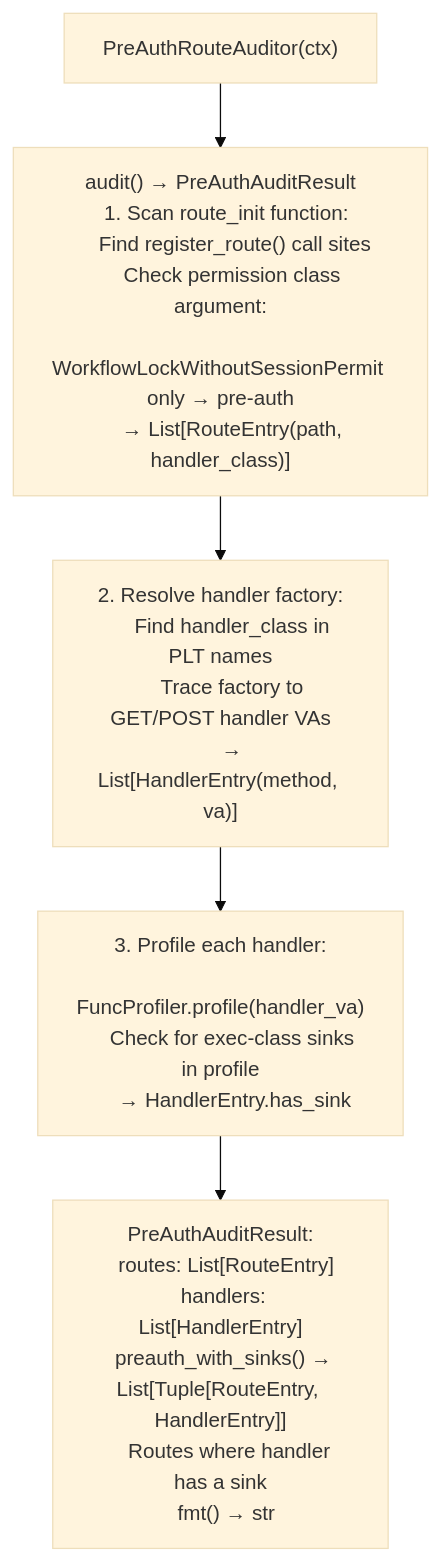
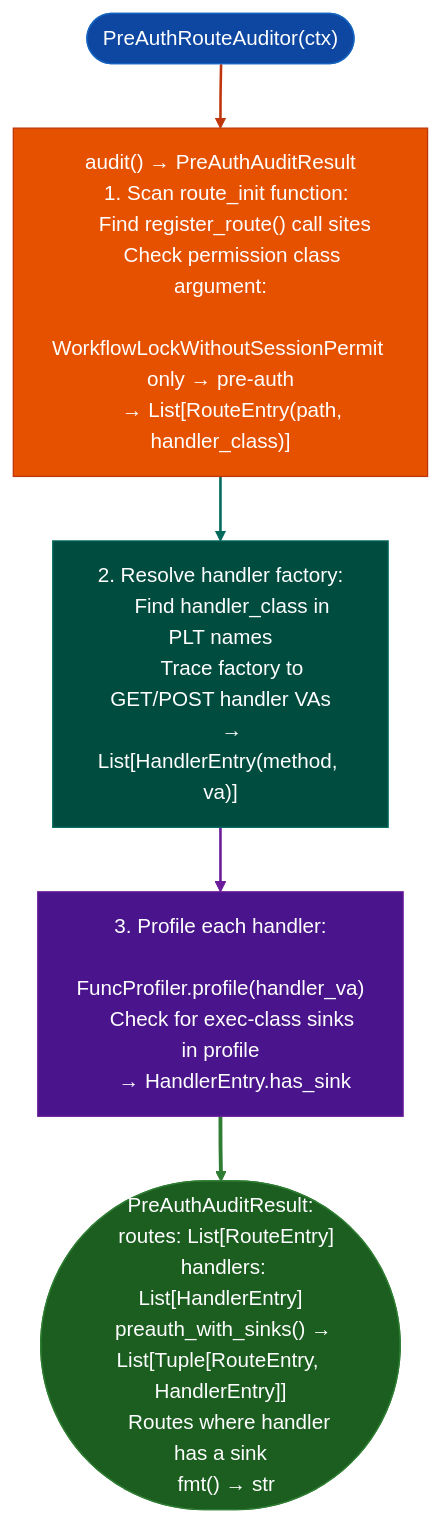
Before and after one commit to Ablation-Tool/ablation: the diagram in docs/reference-modules/route-authentication-classification.md, drawn with Mermaid (base theme). The commit also changed 320 other files, not shown here.

First line of the commit message:
docs: apply canonical Mermaid template to all 321 diagrams

````diff
--- a/docs/reference-modules/route-authentication-classification.md
+++ b/docs/reference-modules/route-authentication-classification.md
@@ -19,7 +19,17 @@
 ```mermaid
 flowchart TD
-    A["PreAuthRouteAuditor(ctx)"] --> B["audit() → PreAuthAuditResult\n  1. Scan route_init function:\n     Find register_route() call sites\n     Check permission class argument:\n       WorkflowLockWithoutSessionPermit only → pre-auth\n     → List[RouteEntry(path, handler_class)]"]
-    B --> C["  2. Resolve handler factory:\n     Find handler_class in PLT names\n     Trace factory to GET/POST handler VAs\n     → List[HandlerEntry(method, va)]"]
-    C --> D["  3. Profile each handler:\n     FuncProfiler.profile(handler_va)\n     Check for exec-class sinks in profile\n     → HandlerEntry.has_sink"]
-    D --> E["PreAuthAuditResult:\n  routes: List[RouteEntry]\n  handlers: List[HandlerEntry]\n  preauth_with_sinks() → List[Tuple[RouteEntry, HandlerEntry]]\n    Routes where handler has a sink\n  fmt() → str"]
+    A(["PreAuthRouteAuditor(ctx)"]):::input --> B["audit() → PreAuthAuditResult\n  1. Scan route_init function:\n     Find register_route() call sites\n     Check permission class argument:\n       WorkflowLockWithoutSessionPermit only → pre-auth\n     → List[RouteEntry(path, handler_class)]"]:::primary
+    B:::primary --> C["  2. Resolve handler factory:\n     Find handler_class in PLT names\n     Trace factory to GET/POST handler VAs\n     → List[HandlerEntry(method, va)]"]:::secondary
+    C:::secondary --> D["  3. Profile each handler:\n     FuncProfiler.profile(handler_va)\n     Check for exec-class sinks in profile\n     → HandlerEntry.has_sink"]:::tertiary
+    D:::tertiary --> E(["PreAuthAuditResult:\n  routes: List[RouteEntry]\n  handlers: List[HandlerEntry]\n  preauth_with_sinks() → List[Tuple[RouteEntry, HandlerEntry]]\n    Routes where handler has a sink\n  fmt() → str"]):::output
+    classDef input     fill:#0d47a1,stroke:#1565c0,color:#fff
+    classDef primary   fill:#e65100,stroke:#bf360c,color:#fff
+    classDef secondary fill:#004d40,stroke:#00695c,color:#fff
+    classDef tertiary  fill:#4a148c,stroke:#6a1b9a,color:#fff
+    classDef neutral   fill:#37474f,stroke:#546e7a,color:#fff
+    classDef output    fill:#1b5e20,stroke:#2e7d32,color:#fff
+    linkStyle 0 stroke:#bf360c,stroke-width:2px
+    linkStyle 1 stroke:#00695c,stroke-width:2px
+    linkStyle 2 stroke:#6a1b9a,stroke-width:2px
+    linkStyle 3 stroke:#2e7d32,stroke-width:3px
 ```
````
